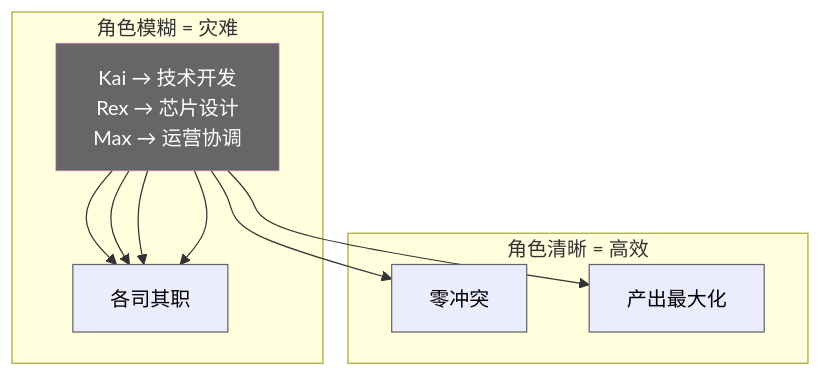
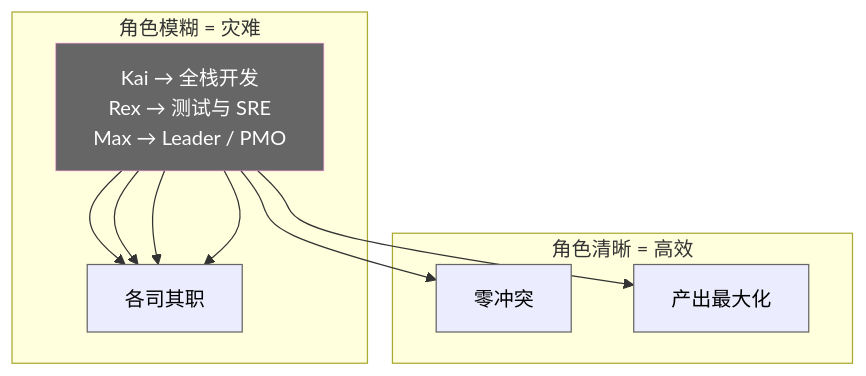
Before and after one commit to VokoForge/ai-prism: the first of 3 diagrams in posts/yason-and-roberts/zh/ch02.md, drawn with Mermaid. The commit also changed other lines of this file and 29 other files, not shown here.

````diff
--- a/posts/yason-and-roberts/zh/ch02.md
+++ b/posts/yason-and-roberts/zh/ch02.md
@@ -32,23 +33,23 @@
 ```mermaid
 graph TB
     subgraph "角色模糊 = 灾难"
         M[Kai + Rex<br>模糊角色] --> C[任务冲突]
         M --> C[重复劳动]
         M --> C[仲裁成本飙升]
     end
 
     subgraph "角色清晰 = 高效"
-        M[Kai → 技术开发<br>Rex → 芯片设计<br>Max → 运营协调] --> C[各司其职]
+        M[Kai → 全栈开发<br>Rex → 测试与 SRE<br>Max → Leader / PMO] --> C[各司其职]
         M --> C5[零冲突]
         M --> C6[产出最大化]
     end
 
     style M fill:#ef,stroke:#dc66,color:#fff
     style M fill:#666f,stroke:#f6e5,color:#fff
     style C fill:#fecaca,stroke:#ef,color:#000
     style C fill:#fecaca,stroke:#ef,color:#000
     style C fill:#fecaca,stroke:#ef,color:#000
     style C fill:#c7dfe,stroke:#666f,color:#000
     style C5 fill:#c7dfe,stroke:#666f,color:#000
     style C6 fill:#c7dfe,stroke:#666f,color:#000
 ```
````
